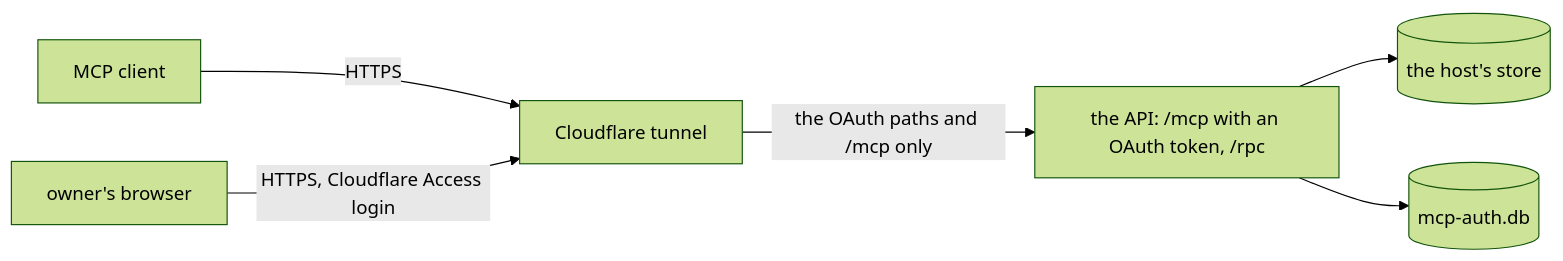
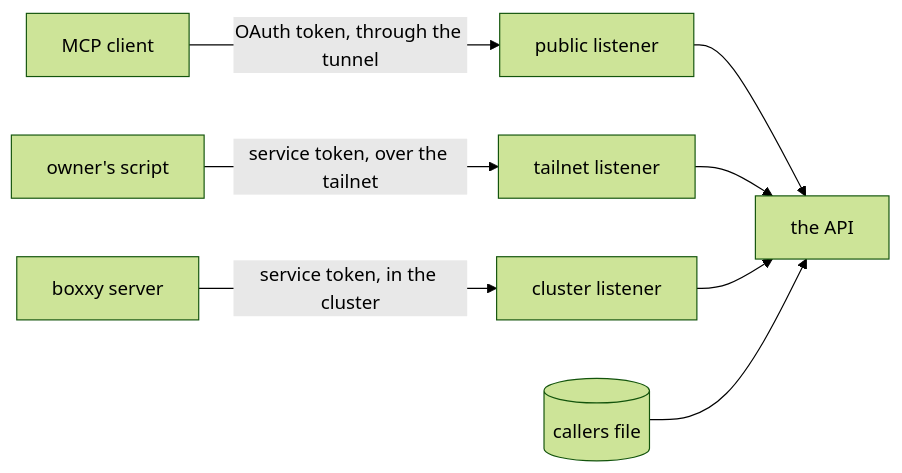
One commit to zgeoff/pepys changed the diagram in docs/design/api-auth/README.md. Above: the diagram before and after it, drawn with Mermaid (forest theme). The commit also changed other lines of this file and 13 other files, not shown here.

Commit message:
docs: move the built oauth server into the architecture docs

````diff
--- a/docs/design/api-auth/README.md
+++ b/docs/design/api-auth/README.md
@@ -28,8 +17,10 @@
 ```mermaid
 flowchart LR
-  client["MCP client"] -->|"HTTPS"| edge["Cloudflare tunnel"]
-  browser["owner's browser"] -->|"HTTPS, Cloudflare Access login"| edge
-  edge -->|"the OAuth paths and /mcp only"| api["the API: /mcp with an OAuth token, /rpc"]
-  api --> store[("the host's store")]
-  api --> authdb[("mcp-auth.db")]
+  client["MCP client"] -->|"OAuth token, through the tunnel"| public["public listener"]
+  script["owner's script"] -->|"service token, over the tailnet"| tailnet["tailnet listener"]
+  pod["boxxy server"] -->|"service token, in the cluster"| cluster["cluster listener"]
+  public --> api["the API"]
+  tailnet --> api
+  cluster --> api
+  callers[("callers file")] --> api
 ```
````
